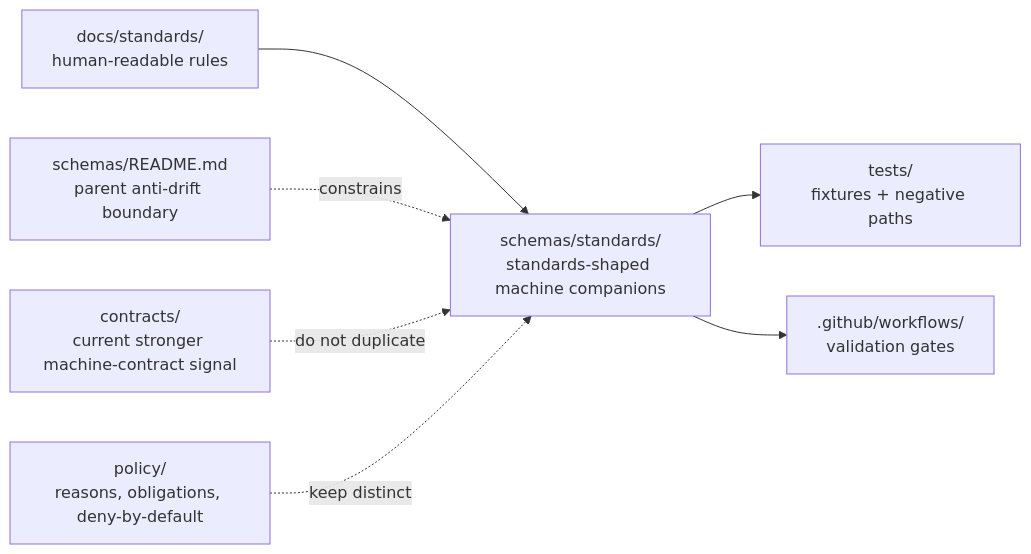
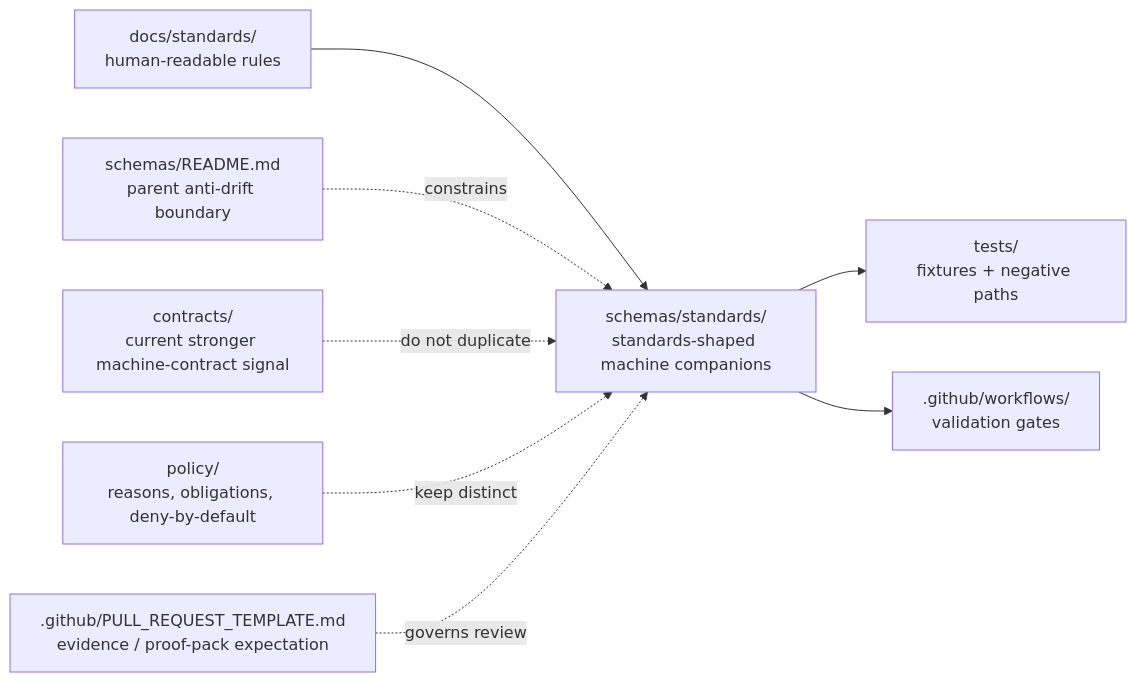
The diagram in schemas/standards/README.md (bartytime4life/Kansas-Frontier-Matrix), drawn with Mermaid before and after one commit. The commit also changed other lines of this file, not shown here.

````diff
--- a/schemas/standards/README.md
+++ b/schemas/standards/README.md
@@ -265,9 +282,10 @@
 ```mermaid
 flowchart LR
     A["docs/standards/<br/>human-readable rules"] --> B["schemas/standards/<br/>standards-shaped machine companions"]
     G["schemas/README.md<br/>parent anti-drift boundary"] -. constrains .-> B
     E["contracts/<br/>current stronger machine-contract signal"] -. do not duplicate .-> B
     F["policy/<br/>reasons, obligations, deny-by-default"] -. keep distinct .-> B
+    P[".github/PULL_REQUEST_TEMPLATE.md<br/>evidence / proof-pack expectation"] -. governs review .-> B
     B --> C["tests/<br/>fixtures + negative paths"]
     B --> D[".github/workflows/<br/>validation gates"]
 ```
````
